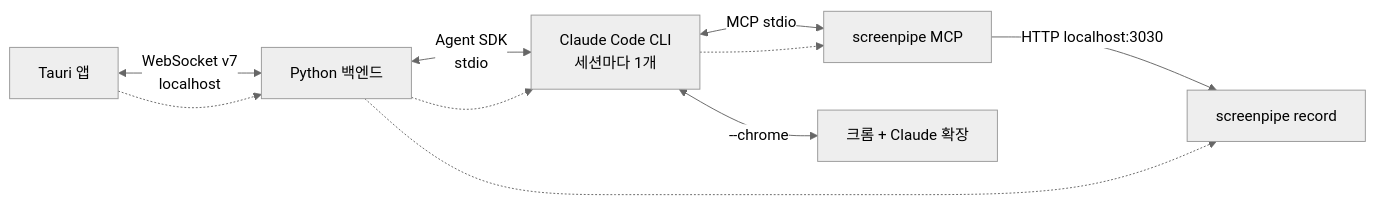
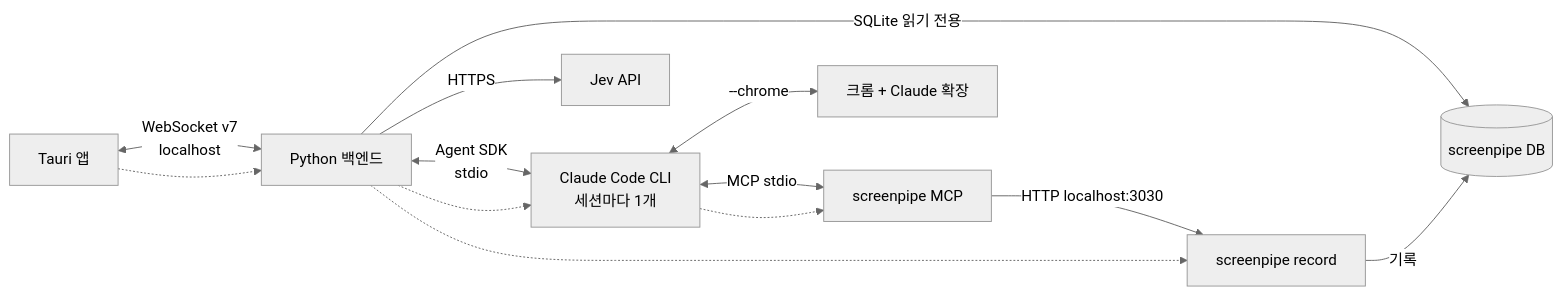
One commit to HEOSEONGILml/AssistantChatBot changed the second of 21 diagrams in ARCHITECTURE.md. Above: the diagram before and after it, drawn with Mermaid (neutral theme). The commit also changed other lines of this file and 11 other files, not shown here.

````diff
--- a/ARCHITECTURE.md
+++ b/ARCHITECTURE.md
@@ -32,13 +32,16 @@
 ```mermaid
 flowchart LR
   APP["Tauri 앱"] <-->|"WebSocket v7<br>localhost"| BE["Python 백엔드"]
   BE <-->|"Agent SDK<br>stdio"| CC["Claude Code CLI<br>세션마다 1개"]
   CC <-->|"MCP stdio"| SPM["screenpipe MCP"]
   SPM -->|"HTTP localhost:3030"| SP["screenpipe record"]
   CC <-->|"--chrome"| CH["크롬 + Claude 확장"]
+  BE -->|"HTTPS"| JEV["Jev API"]
+  BE -->|"SQLite 읽기 전용"| SPDB[("screenpipe DB")]
+  SP -->|"기록"| SPDB
 
   APP -.-> BE
   BE -.-> CC
   BE -.-> SP
   CC -.-> SPM
 ```
````
